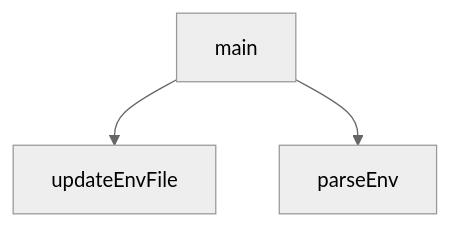
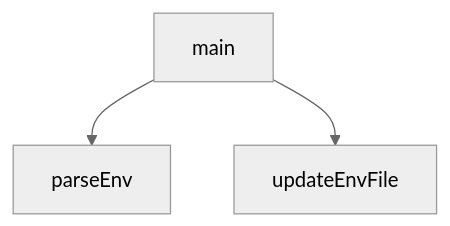
Before and after one commit to peckop/venthub-hvac-esite: the diagram in scripts/setup_webhooks.md, drawn with Mermaid (neutral theme). The commit also changed other lines of this file and 189 other files, not shown here.

````diff
--- a/scripts/setup_webhooks.md
+++ b/scripts/setup_webhooks.md
@@ -149,8 +139,8 @@
 ```mermaid
 graph TD
     setup_webhooks_js__main["main"]
     setup_webhooks_js__parseEnv["parseEnv"]
     setup_webhooks_js__updateEnvFile["updateEnvFile"]
+    setup_webhooks_js__main --> setup_webhooks_js__parseEnv
     setup_webhooks_js__main --> setup_webhooks_js__updateEnvFile
-    setup_webhooks_js__main --> setup_webhooks_js__parseEnv
 ```
````
